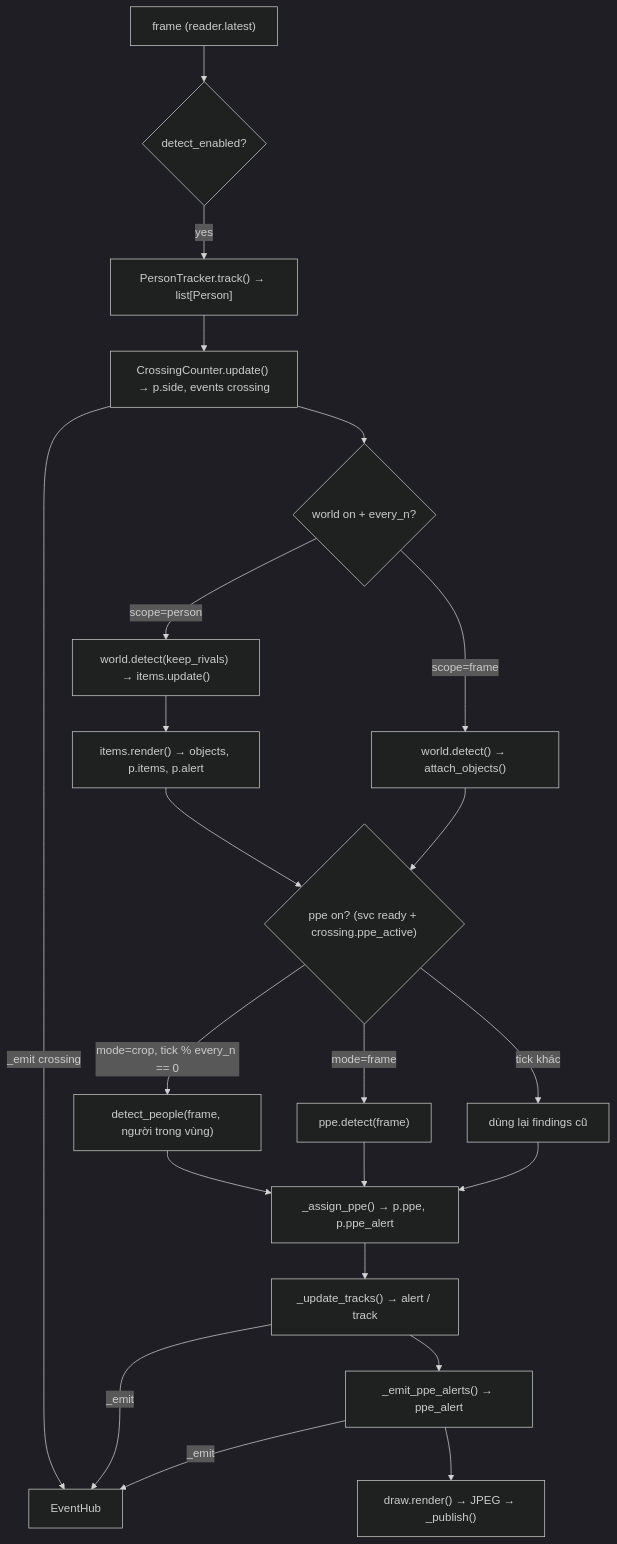
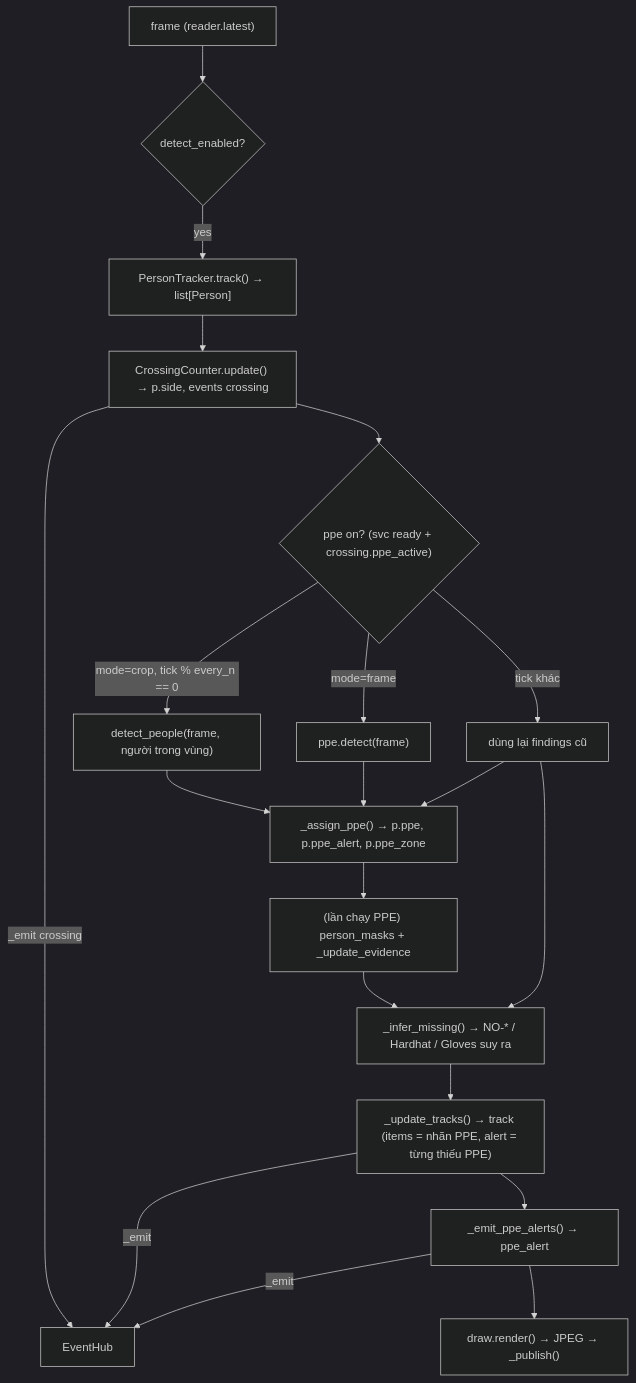
The second of 3 diagrams in docs/GRAPH.md (pyke2215/VisionExpo), drawn with Mermaid (dark theme) before and after one commit. The commit also changed other lines of this file and 43 other files, not shown here.

````diff
--- a/docs/GRAPH.md
+++ b/docs/GRAPH.md
@@ -84,24 +76,21 @@
 ```mermaid
 flowchart TD
   F["frame (reader.latest)"] --> P{"detect_enabled?"}
   P -->|yes| T["PersonTracker.track() → list[Person]"]
   T --> C["CrossingCounter.update() → p.side, events crossing"]
   C -->|"_emit crossing"| HUB
-  C --> W{"world on + every_n?"}
-  W -->|"scope=person"| WD1["world.detect(keep_rivals) → items.update()"] --> WR["items.render() → objects, p.items, p.alert"]
-  W -->|"scope=frame"| WD2["world.detect() → attach_objects()"]
-  WR --> Q
-  WD2 --> Q
-  Q{"ppe on? (svc ready + crossing.ppe_active)"}
+  C --> Q{"ppe on? (svc ready + crossing.ppe_active)"}
   Q -->|"mode=crop, tick % every_n == 0"| PC["detect_people(frame, người trong vùng)"]
   Q -->|"mode=frame"| PF["ppe.detect(frame)"]
   Q -->|"tick khác"| PR["dùng lại findings cũ"]
-  PC --> AS["_assign_ppe() → p.ppe, p.ppe_alert"]
+  PC --> AS["_assign_ppe() → p.ppe, p.ppe_alert, p.ppe_zone"]
   PF --> AS
   PR --> AS
-  AS --> UT["_update_tracks() → alert / track"]
+  AS --> EV["(lần chạy PPE) person_masks + _update_evidence"] --> IM["_infer_missing() → NO-* / Hardhat / Gloves suy ra"]
+  PR --> IM
+  IM --> UT["_update_tracks() → track (items = nhãn PPE, alert = từng thiếu PPE)"]
   UT --> EP["_emit_ppe_alerts() → ppe_alert"]
   EP --> R["draw.render() → JPEG → _publish()"]
   UT -->|"_emit"| HUB["EventHub"]
   EP -->|"_emit"| HUB
 ```
````
